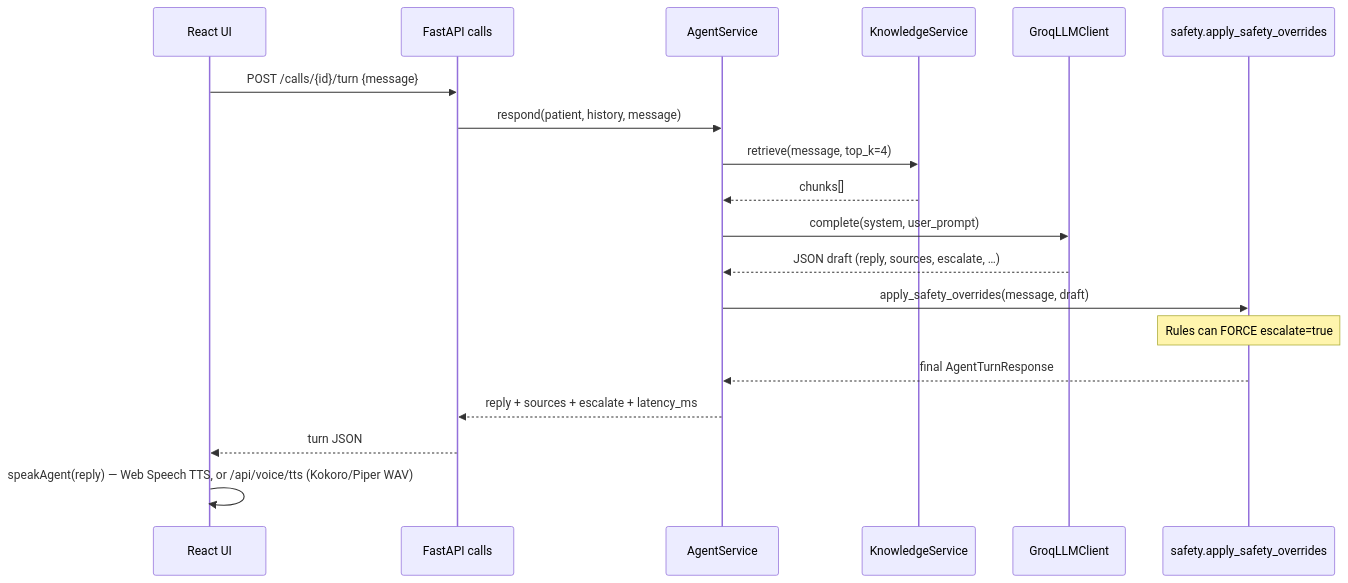
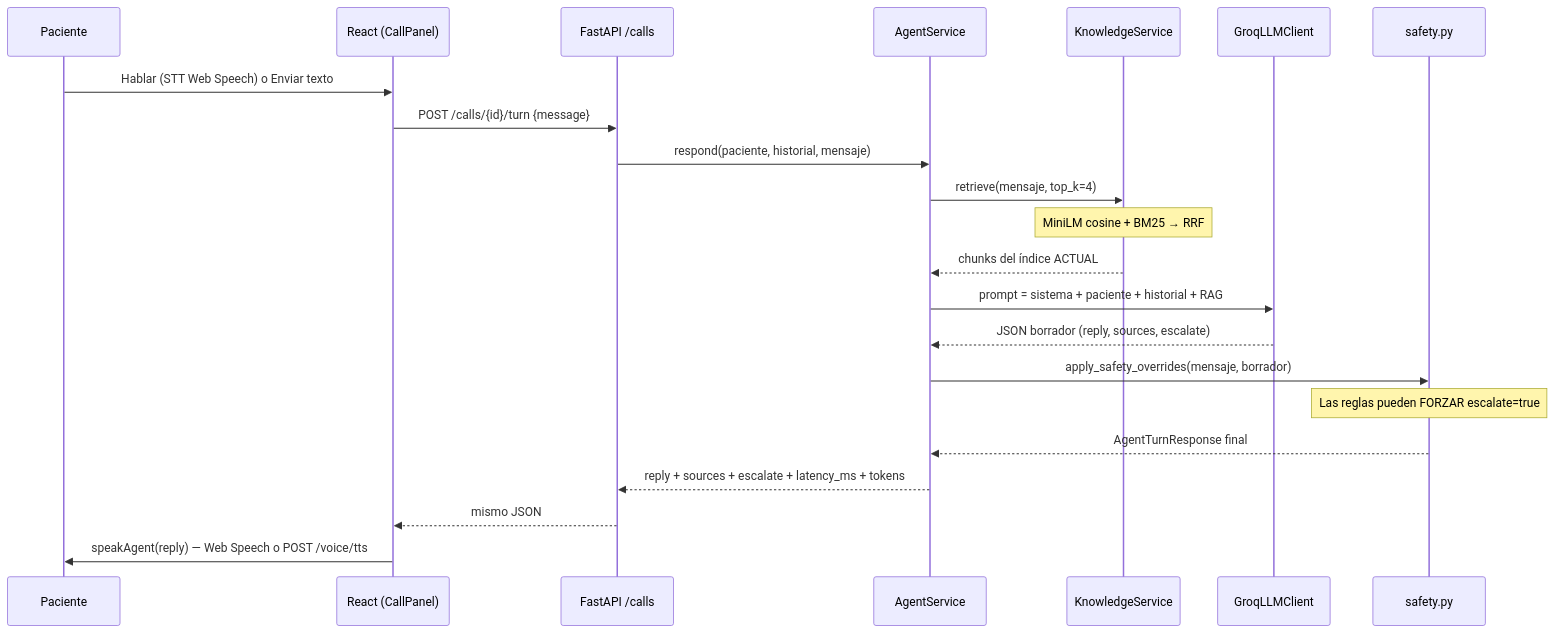
Before and after one commit to jfernand196/tech-sphere-voice-agent: the second of 6 diagrams in ARCHITECTURE.md, drawn with Mermaid. The commit also changed other lines of this file, not shown here.

Commit message:
Rewrite architecture doc so a jury can audit boxes against code.

````diff
--- a/ARCHITECTURE.md
+++ b/ARCHITECTURE.md
@@ -50,22 +59,25 @@
 ```mermaid
 sequenceDiagram
-  participant FE as React UI
-  participant API as FastAPI calls
+  participant P as Paciente
+  participant UI as React (CallPanel)
+  participant API as FastAPI /calls
   participant Ag as AgentService
   participant RAG as KnowledgeService
   participant LLM as GroqLLMClient
-  participant Saf as safety.apply_safety_overrides
+  participant Saf as safety.py
 
-  FE->>API: POST /calls/{id}/turn {message}
-  API->>Ag: respond(patient, history, message)
-  Ag->>RAG: retrieve(message, top_k=4)
-  RAG-->>Ag: chunks[]
-  Ag->>LLM: complete(system, user_prompt)
-  LLM-->>Ag: JSON draft (reply, sources, escalate, …)
-  Ag->>Saf: apply_safety_overrides(message, draft)
-  Note over Saf: Rules can FORCE escalate=true
-  Saf-->>Ag: final AgentTurnResponse
-  Ag-->>API: reply + sources + escalate + latency_ms
-  API-->>FE: turn JSON
-  FE->>FE: speakAgent(reply) — Web Speech TTS, or /api/voice/tts (Kokoro/Piper WAV)
+  P->>UI: Hablar (STT Web Speech) o Enviar texto
+  UI->>API: POST /calls/{id}/turn {message}
+  API->>Ag: respond(paciente, historial, mensaje)
+  Ag->>RAG: retrieve(mensaje, top_k=4)
+  Note over RAG: MiniLM cosine + BM25 → RRF
+  RAG-->>Ag: chunks del índice ACTUAL
+  Ag->>LLM: prompt = sistema + paciente + historial + RAG
+  LLM-->>Ag: JSON borrador (reply, sources, escalate)
+  Ag->>Saf: apply_safety_overrides(mensaje, borrador)
+  Note over Saf: Las reglas pueden FORZAR escalate=true
+  Saf-->>Ag: AgentTurnResponse final
+  Ag-->>API: reply + sources + escalate + latency_ms + tokens
+  API-->>UI: mismo JSON
+  UI->>P: speakAgent(reply) — Web Speech o POST /voice/tts
 ```
````
